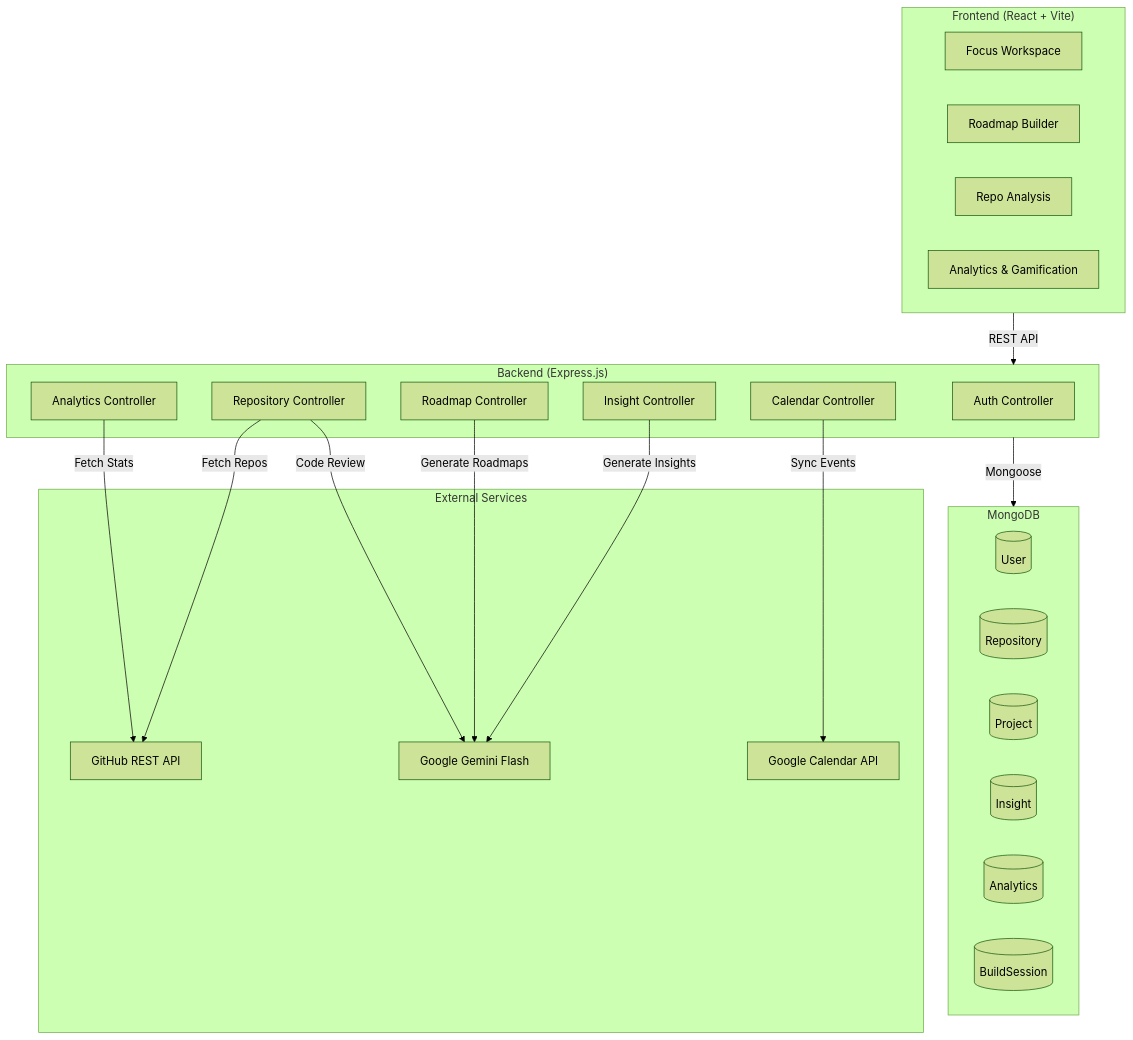
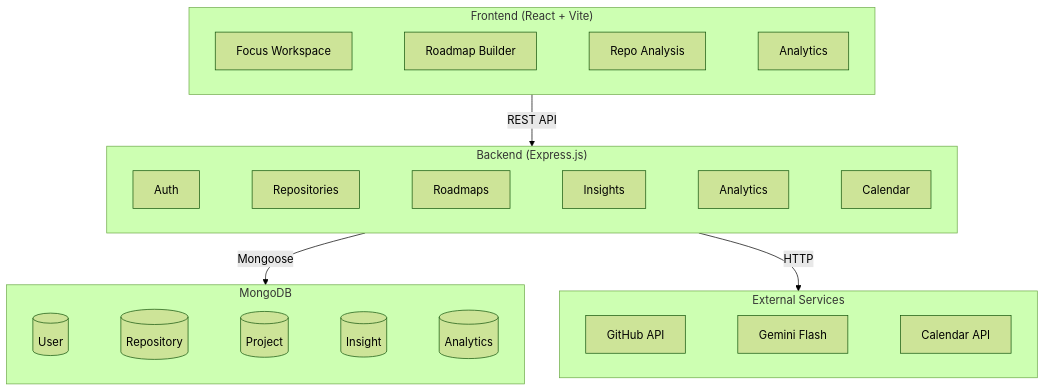
Before and after one commit to humaisali/GitMentor: the diagram in README.md, drawn with Mermaid (forest theme).

Commit message:
Update Architecture Section of Readme File

````diff
--- a/README.md
+++ b/README.md
@@ -192,42 +192,27 @@
 ```mermaid
-graph TD
+graph TB
+
     subgraph Client["Frontend (React + Vite)"]
-        FW[Focus Workspace]
-        RB[Roadmap Builder]
-        RA[Repo Analysis]
-        AG[Analytics & Gamification]
+        direction LR
+        FW["Focus Workspace"] ~~~ RB["Roadmap Builder"] ~~~ RA["Repo Analysis"] ~~~ AG["Analytics"]
     end
 
     subgraph Server["Backend (Express.js)"]
-        AC[Auth Controller]
-        RC[Repository Controller]
-        RMC[Roadmap Controller]
-        ANC[Analytics Controller]
-        IC[Insight Controller]
-        CC[Calendar Controller]
+        direction LR
+        AC["Auth"] ~~~ RC["Repositories"] ~~~ RMC["Roadmaps"] ~~~ IC["Insights"] ~~~ ANC["Analytics"] ~~~ CC["Calendar"]
     end
 
-    subgraph Database["MongoDB"]
-        U[(User)]
-        R[(Repository)]
-        P[(Project)]
-        I[(Insight)]
-        A[(Analytics)]
-        B[(BuildSession)]
+    subgraph DB["MongoDB"]
+        direction LR
+        U[("User")] ~~~ R[("Repository")] ~~~ P[("Project")] ~~~ I[("Insight")] ~~~ A[("Analytics")]
     end
 
-    subgraph External["External Services"]
-        GH[GitHub REST API]
-        GM[Google Gemini Flash]
-        GC[Google Calendar API]
+    subgraph Ext["External Services"]
+        direction LR
+        GH["GitHub API"] ~~~ GM["Gemini Flash"] ~~~ GC["Calendar API"]
     end
 
-    Client -- REST API --> Server
-    Server -- Mongoose --> Database
-    RC -- Fetch Repos --> GH
-    ANC -- Fetch Stats --> GH
-    IC -- Generate Insights --> GM
-    RMC -- Generate Roadmaps --> GM
-    RC -- Code Review --> GM
-    CC -- Sync Events --> GC
+    Client -- "REST API" --> Server
+    Server -- "Mongoose" --> DB
+    Server -- "HTTP" --> Ext
 ```
````
